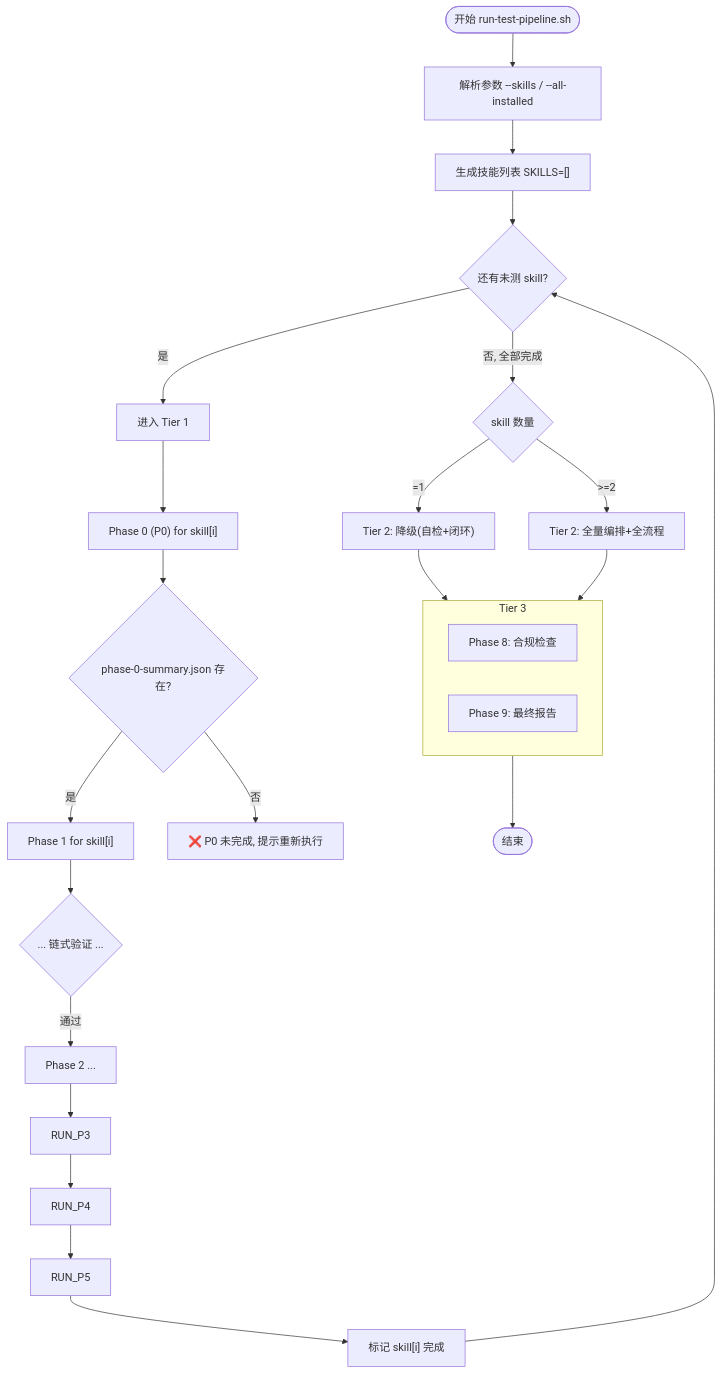
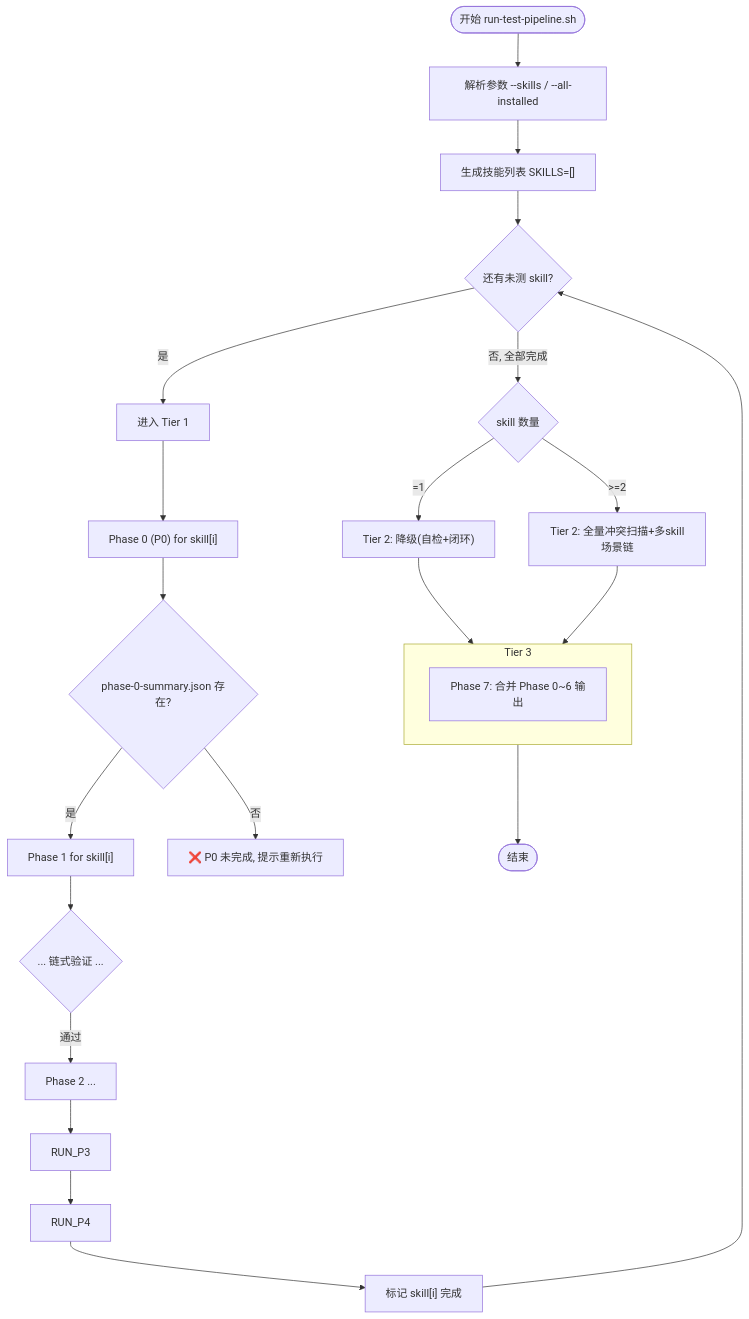
Before and after one commit to RabbitAI-Lab/rabbit-plugins-upstream: the second of 2 diagrams in skills/clawhub/huawei-cloud-skill-tester/references/architecture.md, drawn with Mermaid. The commit also changed other lines of this file and 34510 other files, not shown here.

````diff
--- a/skills/clawhub/huawei-cloud-skill-tester/references/architecture.md
+++ b/skills/clawhub/huawei-cloud-skill-tester/references/architecture.md
@@ -59,33 +62,31 @@
 ```mermaid
 flowchart TD
     START(["开始 run-test-pipeline.sh"])
     START --> PARSE["解析参数 --skills / --all-installed"]
     PARSE --> SKILL_LIST["生成技能列表 SKILLS=[]"]
     SKILL_LIST --> LOOP{"还有未测 skill?"}
     LOOP -->|"是"| TIER1_ENTRY["进入 Tier 1"]
     TIER1_ENTRY --> RUN_P0["Phase 0 (P0) for skill[i]"]
     RUN_P0 --> CHECK_P0{"phase-0-summary.json 存在?"}
     CHECK_P0 -->|"是"| RUN_P1["Phase 1 for skill[i]"]
     CHECK_P0 -->|"否"| FAIL_P0["❌ P0 未完成, 提示重新执行"]
     RUN_P1 --> CHECK_P1{"... 链式验证 ..."}
     CHECK_P1 -->|"通过"| RUN_P2["Phase 2 ..."]
     RUN_P2 --> RUN_P3
     RUN_P3 --> RUN_P4
-    RUN_P4 --> RUN_P5
-    RUN_P5 --> MARK_DONE["标记 skill[i] 完成"]
+    RUN_P4 --> MARK_DONE["标记 skill[i] 完成"]
     MARK_DONE --> LOOP
 
     LOOP -->|"否, 全部完成"| DECIDE_SKILL_COUNT{"skill 数量"}
     DECIDE_SKILL_COUNT -->|"=1"| TIER2_SINGLE["Tier 2: 降级(自检+闭环)"]
-    DECIDE_SKILL_COUNT -->|">=2"| TIER2_FULL["Tier 2: 全量编排+全流程"]
-    
+    DECIDE_SKILL_COUNT -->|">=2"| TIER2_FULL["Tier 2: 全量冲突扫描+多skill场景链"]
+
     TIER2_SINGLE --> TIER3
     TIER2_FULL --> TIER3
-    
+
     subgraph TIER3 ["Tier 3"]
-        P8["Phase 8: 合规检查"]
-        P9["Phase 9: 最终报告"]
+        P7["Phase 7: 合并 Phase 0~6 输出"]
     end
-    
+
     TIER3 --> END(["结束"])
 ```
````
